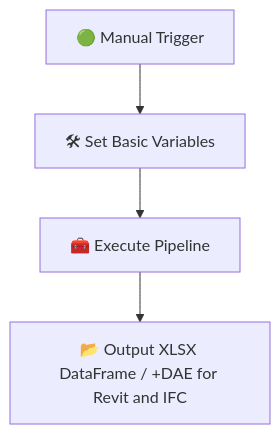
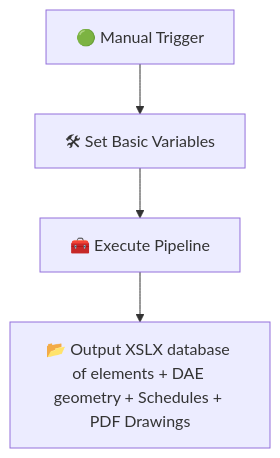
Before and after one commit to ehtick/cad2data-Revit-IFC-DWG-DGN-pipeline-with-conversion-validation-qto: the first of 4 diagrams in README.md, drawn with Mermaid. The commit also changed other lines of this file, not shown here.

````diff
--- a/README.md
+++ b/README.md
@@ -97,6 +97,6 @@
 ```mermaid
 graph TD;
     A[🟢 Manual Trigger] --> B[🛠 Set Basic Variables]
     B --> C[🧰 Execute Pipeline]
-    C --> D[📂 Output XLSX DataFrame / +DAE for Revit and IFC]
+    C --> D[📂 Output XSLX database of elements + DAE geometry + Schedules + PDF Drawings]
 ```
````
